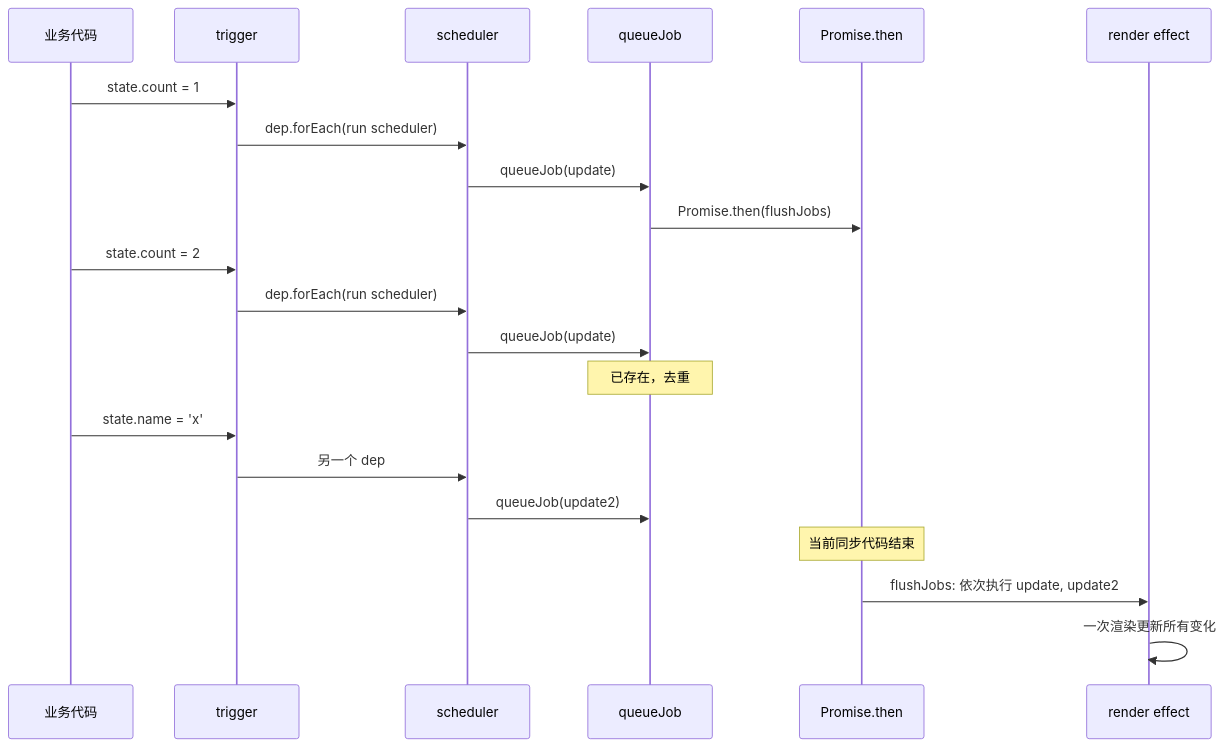
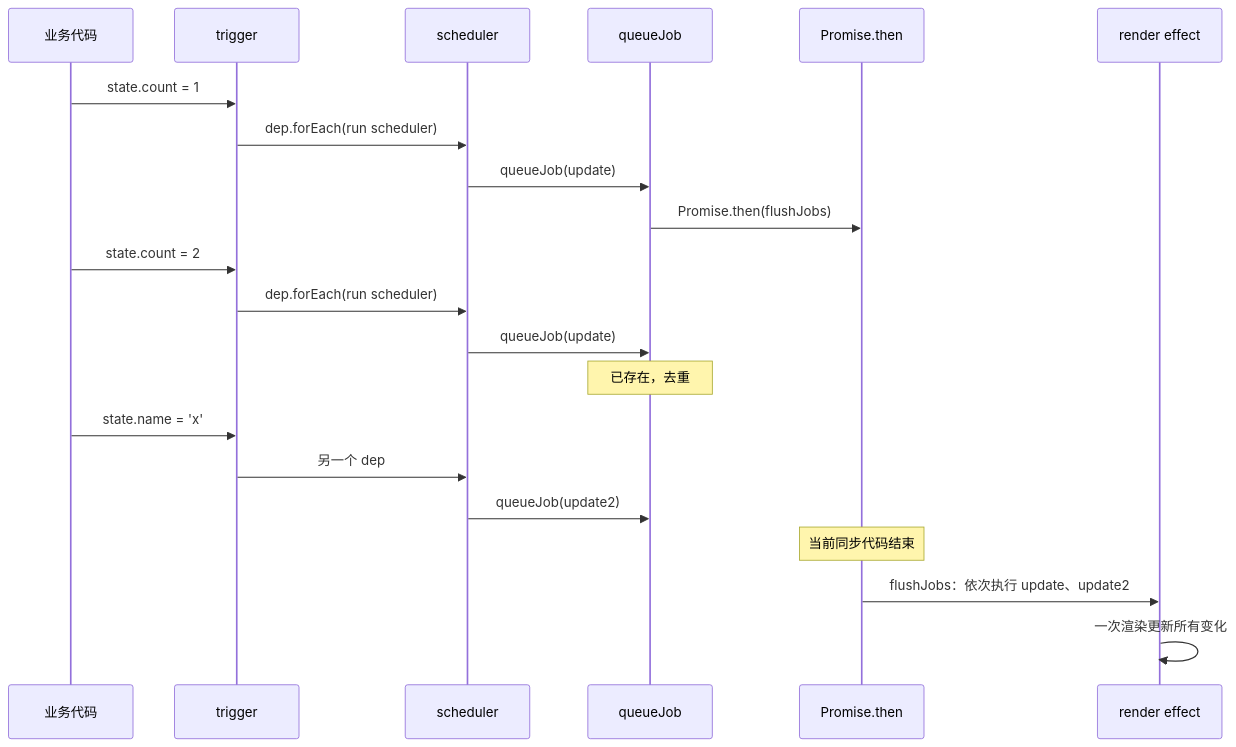
One commit to Fatejian/frontier-vault changed the second of 3 diagrams in docs/frameworks/vue3-reactivity.md. Above: the diagram before and after it, drawn with Mermaid. The commit also changed other lines of this file and 41 other files, not shown here.

````diff
--- a/docs/frameworks/vue3-reactivity.md
+++ b/docs/frameworks/vue3-reactivity.md
@@ -628,28 +584,27 @@
 ```mermaid
-%%{init: {'theme': 'base', 'themeVariables': { 'fontFamily': 'Inter, PingFang SC, Microsoft YaHei, sans-serif', 'primaryColor': '#EEF6FF', 'primaryTextColor': '#172033', 'primaryBorderColor': '#6EA8FE', 'lineColor': '#8A94A6', 'secondaryColor': '#F7F9FC', 'tertiaryColor': '#FFF7E6, 'fontSize': '13px'}}}%%
 sequenceDiagram
     participant Code as 业务代码
     participant T as trigger
     participant S as scheduler
     participant Q as queueJob
     participant P as Promise.then
     participant R as render effect
 
     Code->>T: state.count = 1
     T->>S: dep.forEach(run scheduler)
     S->>Q: queueJob(update)
     Q->>P: Promise.then(flushJobs)
 
     Code->>T: state.count = 2
     T->>S: dep.forEach(run scheduler)
     S->>Q: queueJob(update)
     Note over Q: 已存在，去重
 
     Code->>T: state.name = 'x'
     T->>S: 另一个 dep
     S->>Q: queueJob(update2)
 
     Note over P: 当前同步代码结束
-    P->>R: flushJobs: 依次执行 update, update2
+    P->>R: flushJobs：依次执行 update、update2
     R->>R: 一次渲染更新所有变化
 ```
````
